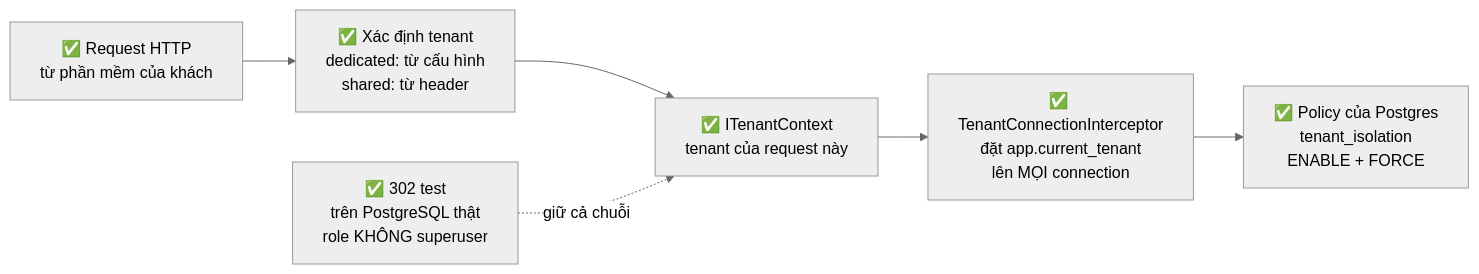
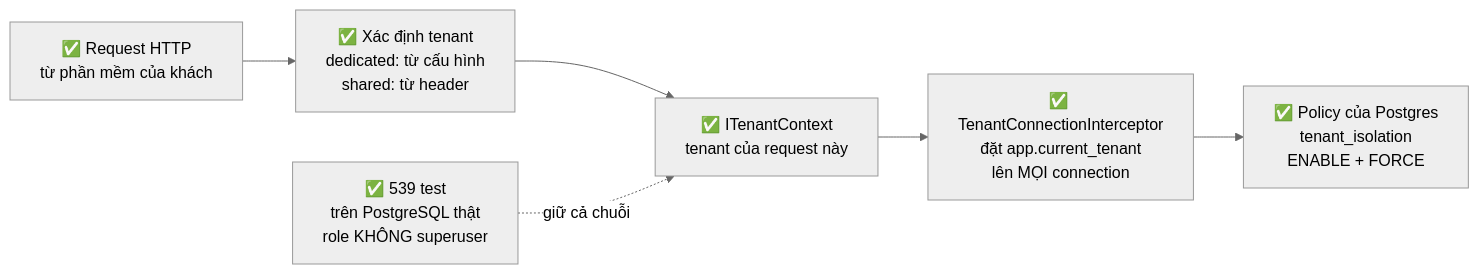
Before and after one commit to pvanh2706/ai-operational-platform: the fifth of 5 diagrams in README.md, drawn with Mermaid (neutral theme). The commit also changed other lines of this file and 7 other files, not shown here.

````diff
--- a/README.md
+++ b/README.md
@@ -488,11 +537,11 @@
 ```mermaid
 flowchart LR
     R["✅ Request HTTP<br/>từ phần mềm của khách"]
     M["✅ Xác định tenant<br/>dedicated: từ cấu hình<br/>shared: từ header"]
     A["✅ ITenantContext<br/>tenant của request này"]
     B["✅ TenantConnectionInterceptor<br/>đặt app.current_tenant<br/>lên MỌI connection"]
     C["✅ Policy của Postgres<br/>tenant_isolation<br/>ENABLE + FORCE"]
-    D["✅ 302 test<br/>trên PostgreSQL thật<br/>role KHÔNG superuser"]
+    D["✅ 539 test<br/>trên PostgreSQL thật<br/>role KHÔNG superuser"]
     R --> M --> A --> B --> C
     D -.->|giữ cả chuỗi| A
 ```
````
